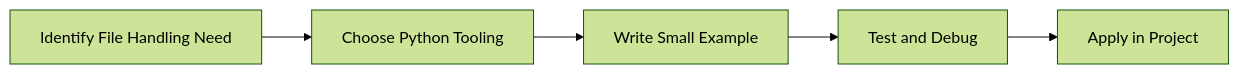
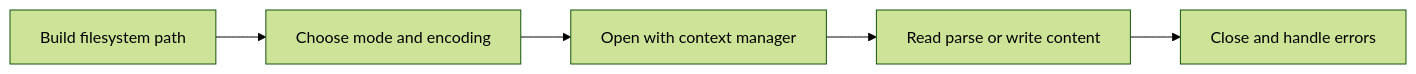
Before and after one commit to SYMOIZ/E-Learning-Portal: the diagram in Python-Mastery/Beginner/31-file-handling.md, drawn with Mermaid (forest theme). The commit also changed other lines of this file and 116 other files, not shown here.

````diff
--- a/Python-Mastery/Beginner/31-file-handling.md
+++ b/Python-Mastery/Beginner/31-file-handling.md
@@ -127,7 +146,12 @@
 ```mermaid
 flowchart LR
-    A[Identify File Handling Need] --> B[Choose Python Tooling]
-    B --> C[Write Small Example]
-    C --> D[Test and Debug]
-    D --> E[Apply in Project]
+    A[Build filesystem path]
+    B[Choose mode and encoding]
+    C[Open with context manager]
+    D[Read parse or write content]
+    E[Close and handle errors]
+    A --> B
+    B --> C
+    C --> D
+    D --> E
 ```
````
